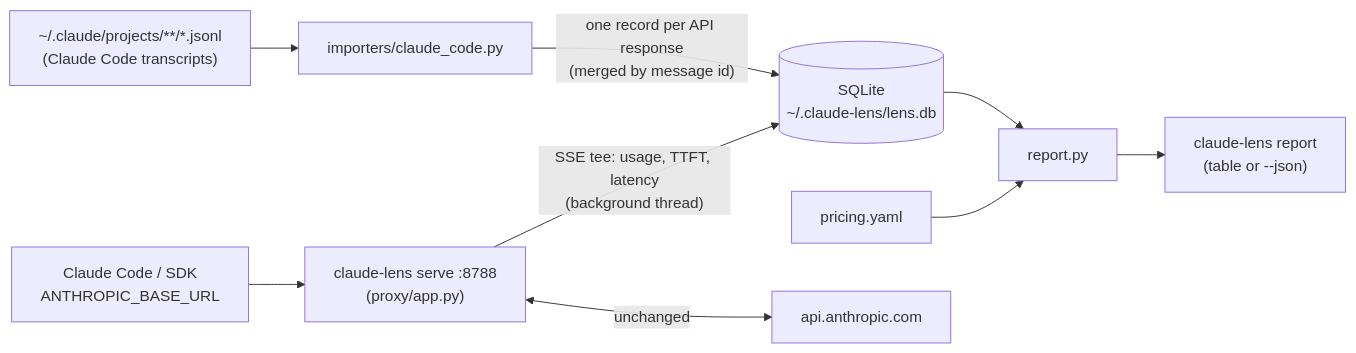
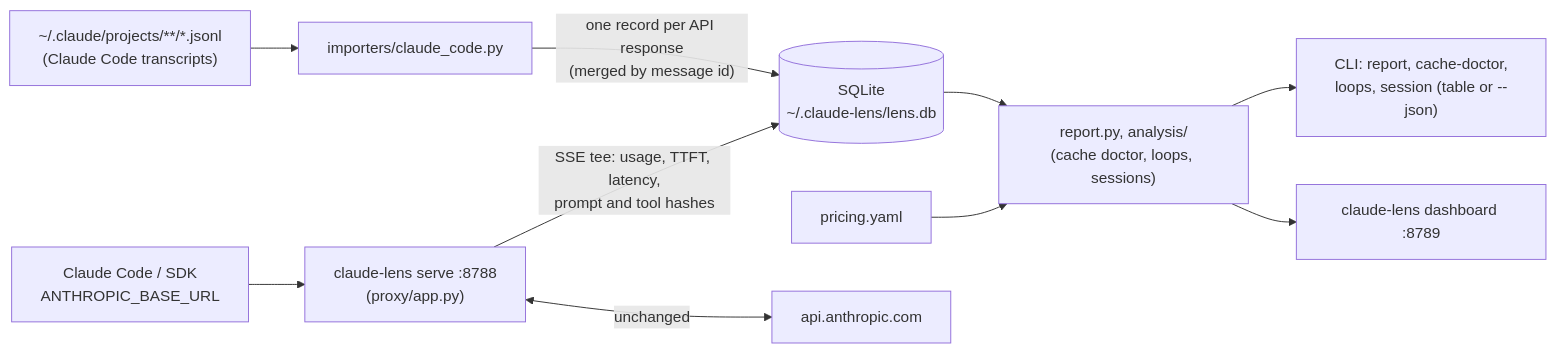
The diagram in README.md (rkrzywiecki/claude-lens), drawn with Mermaid before and after one commit. The commit also changed other lines of this file and 10 other files, not shown here.

````diff
--- a/README.md
+++ b/README.md
@@ -12,11 +14,12 @@
 ```mermaid
 flowchart LR
     T["~/.claude/projects/**/*.jsonl<br/>(Claude Code transcripts)"] --> I[importers/claude_code.py]
     I -->|"one record per API response<br/>(merged by message id)"| S[(SQLite<br/>~/.claude-lens/lens.db)]
-    S --> R[report.py]
+    S --> R["report.py, analysis/<br/>(cache doctor, loops, sessions)"]
     P[pricing.yaml] --> R
-    R --> C["claude-lens report<br/>(table or --json)"]
+    R --> C["CLI: report, cache-doctor,<br/>loops, session (table or --json)"]
+    R --> D["claude-lens dashboard :8789"]
     CL["Claude Code / SDK<br/>ANTHROPIC_BASE_URL"] --> X["claude-lens serve :8788<br/>(proxy/app.py)"]
     X <-->|"unchanged"| A[api.anthropic.com]
-    X -->|"SSE tee: usage, TTFT, latency<br/>(background thread)"| S
+    X -->|"SSE tee: usage, TTFT, latency,<br/>prompt and tool hashes"| S
 ```
````
